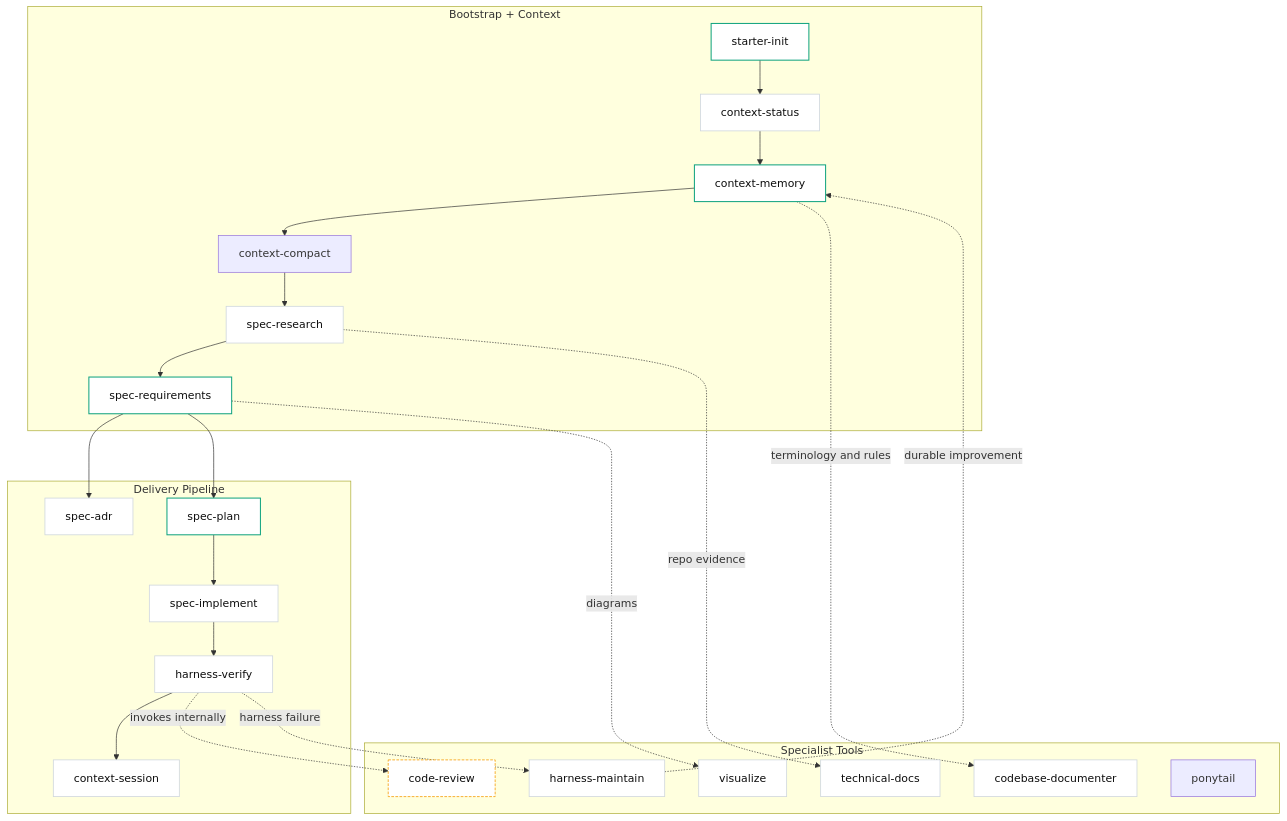
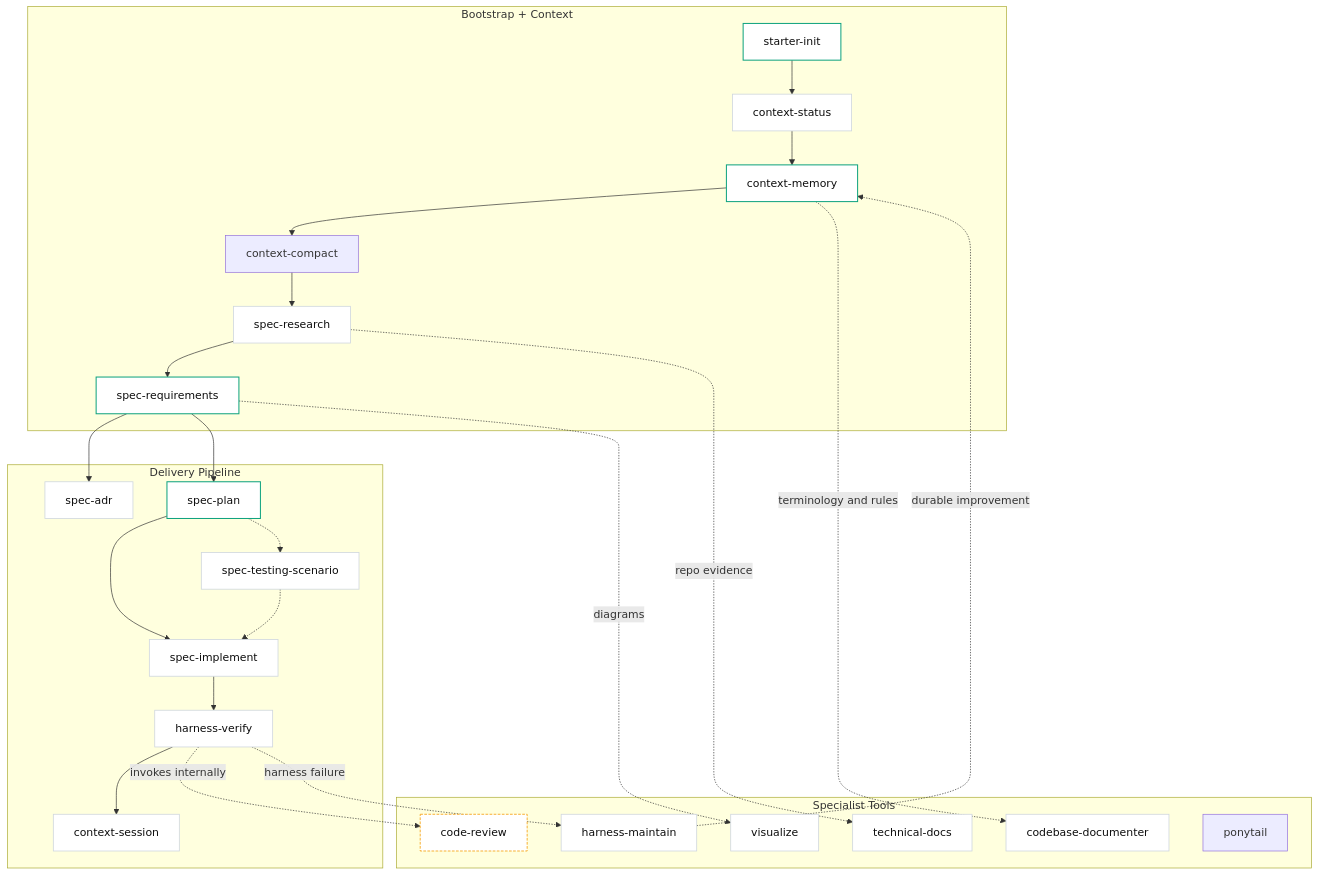
Before and after one commit to thaihai-swe/CoreZero-Nexus: the third of 3 diagrams in documents/architecture.md, drawn with Mermaid. The commit also changed other lines of this file and 48 other files, not shown here.

````diff
--- a/documents/architecture.md
+++ b/documents/architecture.md
@@ -326,54 +333,57 @@
 ```mermaid
 flowchart TB
     subgraph OC["Bootstrap + Context"]
         START["starter-init"]
         STATUS["context-status"]
         MEMORY["context-memory"]
         COMPACT["context-compact"]
         RESEARCH["spec-research"]
         SPEC["spec-requirements"]
     end
 
     subgraph DP["Delivery Pipeline"]
         ADR["spec-adr"]
         PLAN["spec-plan"]
         IMPL["spec-implement"]
         VERIFY["harness-verify"]
         HAND["context-session"]
+        TEST["spec-testing-scenario"]
     end
 
     subgraph ST["Specialist Tools"]
         VIS["visualize"]
         CR["code-review"]
         TECDOC["technical-docs"]
         CODE["codebase-documenter"]
         MAINTAIN["harness-maintain"]
         PONY["ponytail"]
     end
 
     START --> STATUS
     STATUS --> MEMORY
     MEMORY --> COMPACT
     COMPACT --> RESEARCH
     RESEARCH --> SPEC
     SPEC --> ADR
     SPEC --> PLAN
     PLAN --> IMPL
+    PLAN -.-> TEST
+    TEST -.-> IMPL
     IMPL --> VERIFY
     VERIFY --> HAND
     VERIFY -. invokes internally .-> CR
 
     VERIFY -. harness failure .-> MAINTAIN
     MAINTAIN -. durable improvement .-> MEMORY
 
     RESEARCH -. repo evidence .-> TECDOC
     MEMORY -. terminology and rules .-> CODE
     SPEC -. diagrams .-> VIS
 
     classDef primary fill:#ffffff,stroke:#10a37f,color:#0d0d0d,stroke-width:1.5px;
     classDef neutral fill:#ffffff,stroke:#d0d7de,color:#0d0d0d,stroke-width:1.2px;
     classDef internal fill:#ffffff,stroke:#f59e0b,color:#0d0d0d,stroke-width:1.2px,stroke-dasharray:4 2;
     class START,MEMORY,SPEC,PLAN primary;
-    class STATUS,RESEARCH,ADR,IMPL,VERIFY,HAND,VIS,TECDOC,CODE,MAINTAIN neutral;
+    class STATUS,RESEARCH,ADR,IMPL,VERIFY,HAND,VIS,TECDOC,CODE,MAINTAIN,TEST neutral;
     class CR internal;
 ```
````
